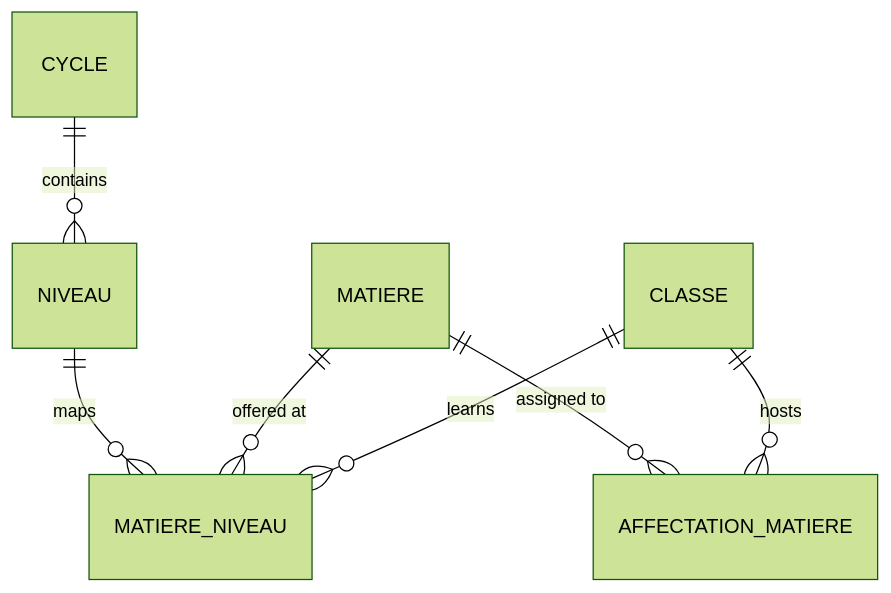
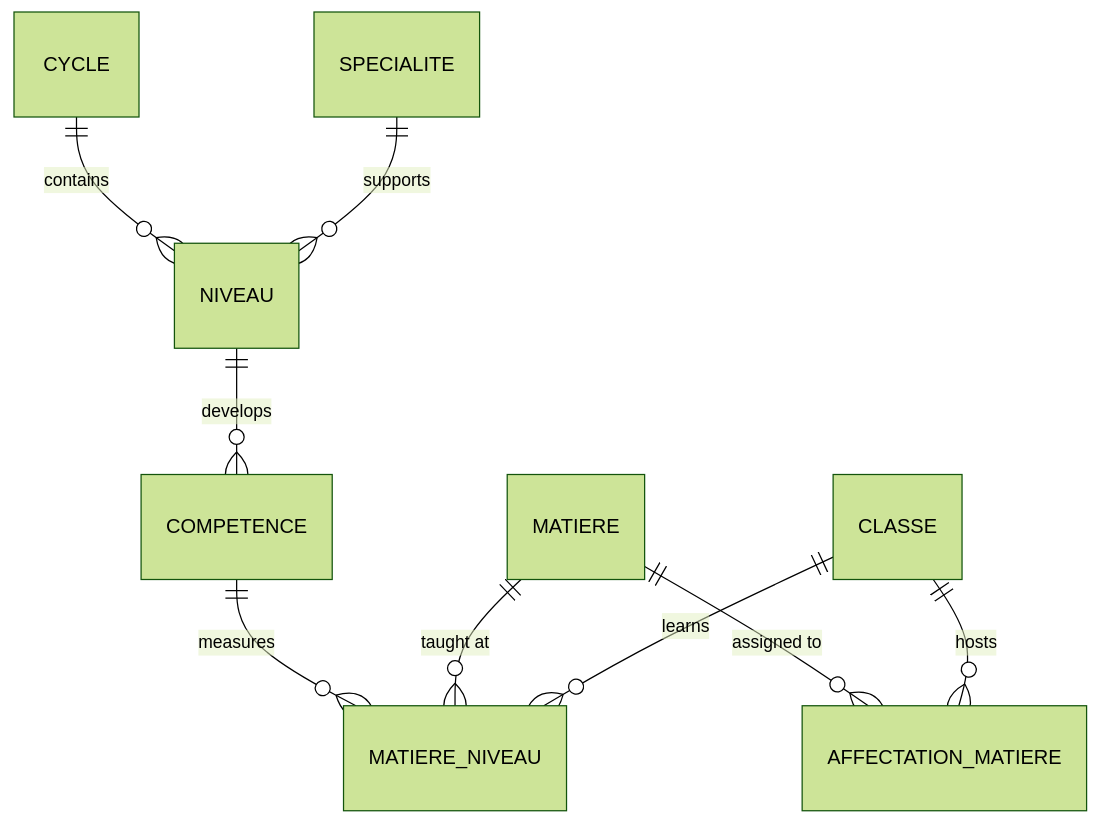
One commit to franckylab/eLISAschool changed the seventh of 10 diagrams in .qoder/repowiki/en/content/Modules & Features/Academic Modules/Curriculum Structure (Cycles & Levels).md. Above: the diagram before and after it, drawn with Mermaid (forest theme). The commit also changed other lines of this file and 77 other files, not shown here.

````diff
--- a/.qoder/repowiki/en/content/Modules & Features/Academic Modules/Curriculum Structure (Cycles & Levels).md
+++ b/.qoder/repowiki/en/content/Modules & Features/Academic Modules/Curriculum Structure (Cycles & Levels).md
@@ -240,9 +390,11 @@
 ```mermaid
 erDiagram
 CYCLE ||--o{ NIVEAU : "contains"
-NIVEAU ||--o{ MATIERE_NIVEAU : "maps"
-MATIERE ||--o{ MATIERE_NIVEAU : "offered at"
+NIVEAU ||--o{ COMPETENCE : "develops"
+COMPETENCE ||--o{ MATIERE_NIVEAU : "measures"
+MATIERE ||--o{ MATIERE_NIVEAU : "taught at"
 MATIERE ||--o{ AFFECTATION_MATIERE : "assigned to"
 CLASSE ||--o{ AFFECTATION_MATIERE : "hosts"
 CLASSE ||--o{ MATIERE_NIVEAU : "learns"
+SPECIALITE ||--o{ NIVEAU : "supports"
 ```
````
